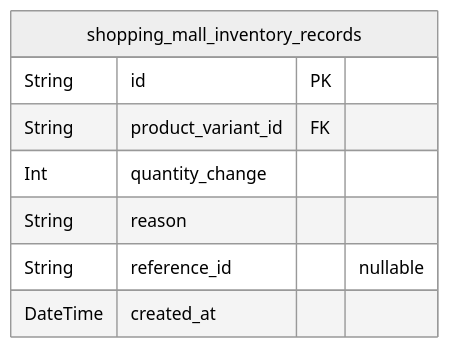
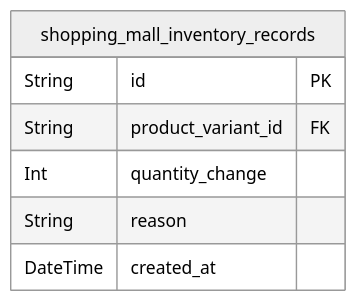
Before and after one commit to wrtnlabs/autobe-examples: the sixth of 14 diagrams in qwen/qwen3.5-397b-a17b/shopping/docs/ERD.md, drawn with Mermaid (neutral theme). The commit also changed other lines of this file and 9017 other files, not shown here.

````diff
--- a/qwen/qwen3.5-397b-a17b/shopping/docs/ERD.md
+++ b/qwen/qwen3.5-397b-a17b/shopping/docs/ERD.md
@@ -868,11 +1032,10 @@
 ```mermaid
 erDiagram
 "shopping_mall_inventory_records" {
   String id PK
   String product_variant_id FK
   Int quantity_change
   String reason
-  String reference_id "nullable"
   DateTime created_at
 }
 ```
````
